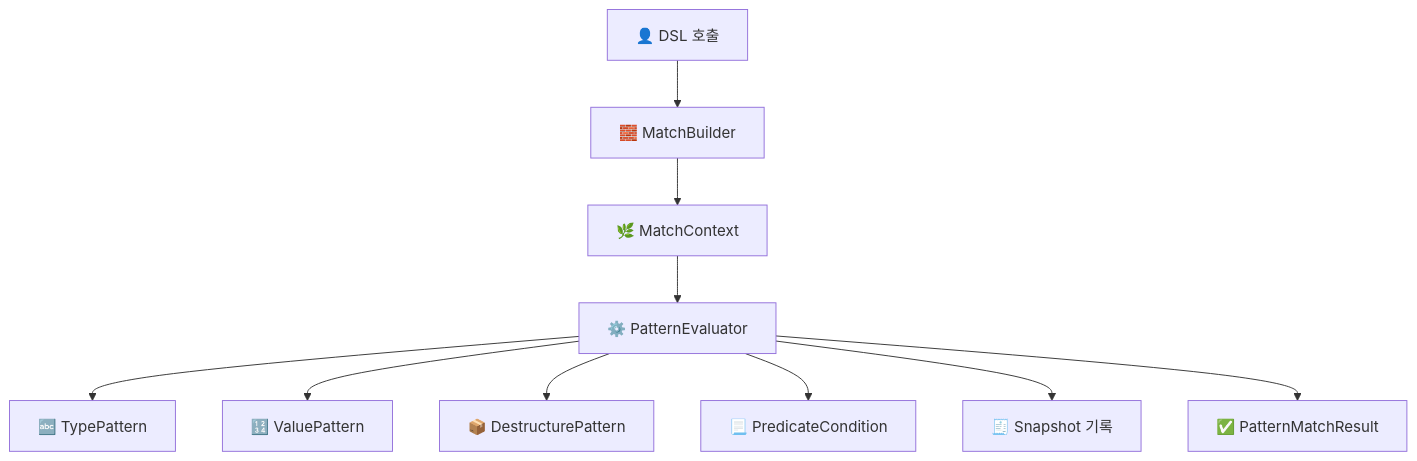
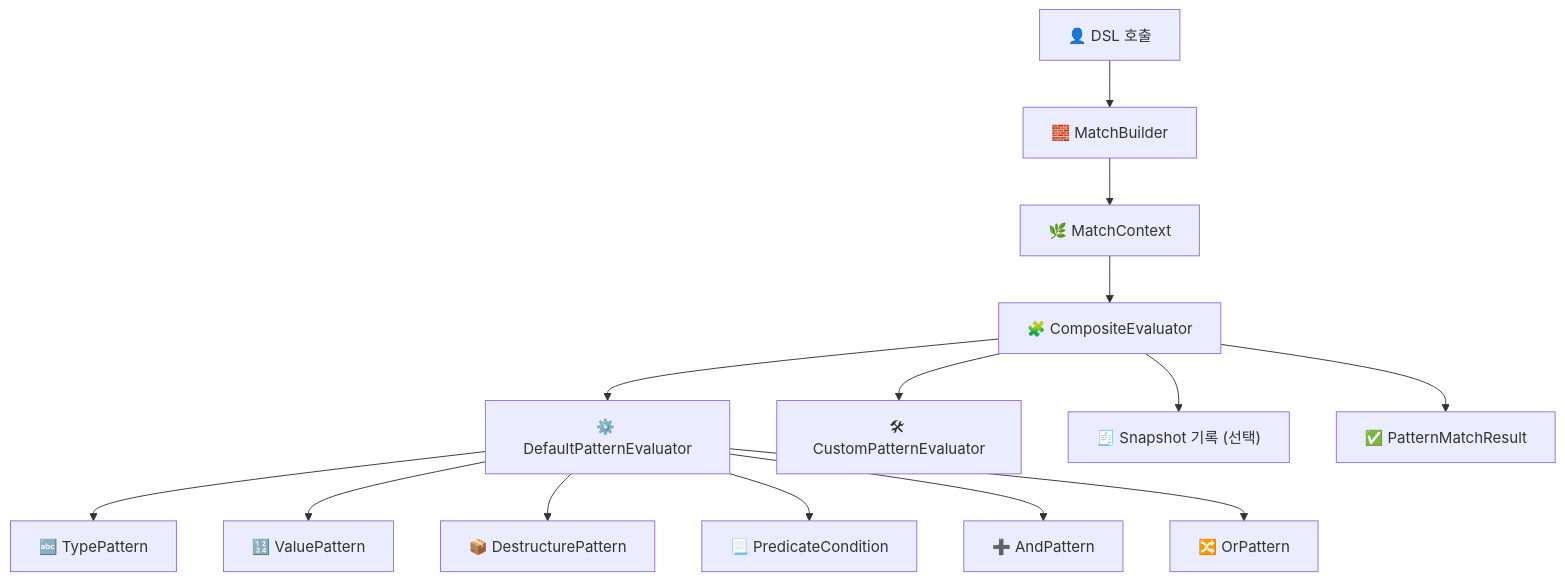
One commit to Acacian/kt-pattern changed the diagram in README.md. Above: the diagram before and after it, drawn with Mermaid. The commit also changed other lines of this file and 1 other file, not shown here.

````diff
--- a/README.md
+++ b/README.md
@@ -128,22 +216,29 @@
 ```mermaid
 graph TD
     User["👤 DSL 호출"]
     MB["🧱 MatchBuilder"]
     CTX["🌿 MatchContext"]
-    EVAL["⚙️ PatternEvaluator"]
+    CE["🧩 CompositeEvaluator"]
+    EVAL1["⚙️ DefaultPatternEvaluator"]
+    EVAL2["🛠 CustomPatternEvaluator"]
     TP["🔤 TypePattern"]
     VP["🔢 ValuePattern"]
     DP["📦 DestructurePattern"]
     PC["📃 PredicateCondition"]
-    SS["🧾 Snapshot 기록"]
+    AND["➕ AndPattern"]
+    OR["🔀 OrPattern"]
+    SNAP["🧾 Snapshot 기록 (선택)"]
     MR["✅ PatternMatchResult"]
 
-    User --> MB --> CTX --> EVAL
-    EVAL --> TP
-    EVAL --> VP
-    EVAL --> DP
-    EVAL --> PC
-    EVAL --> SS
-    EVAL --> MR
-
+    User --> MB --> CTX --> CE
+    CE --> EVAL1
+    CE --> EVAL2
+    EVAL1 --> TP
+    EVAL1 --> VP
+    EVAL1 --> DP
+    EVAL1 --> PC
+    EVAL1 --> AND
+    EVAL1 --> OR
+    CE --> SNAP
+    CE --> MR
 ```
````
